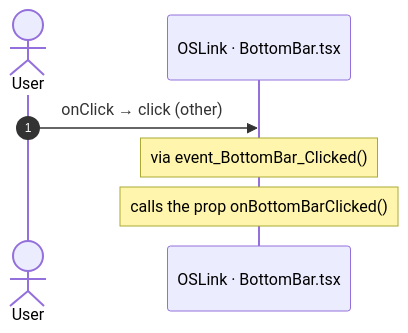
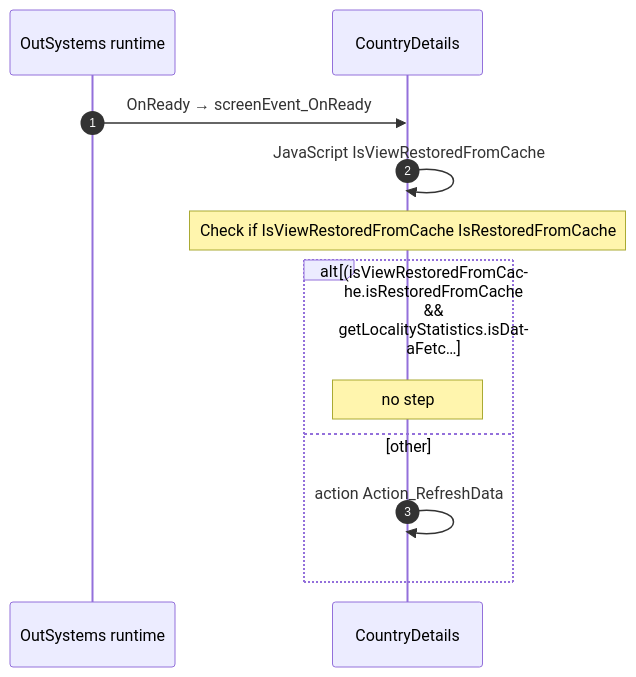
The sixth of 6 diagrams in route-actions/routes/CountryDetails.md (Phoenix-DX/connect-new-ui), drawn with Mermaid before and after one commit. The commit also changed other lines of this file and 52 other files, not shown here.

````diff
--- a/route-actions/routes/CountryDetails.md
+++ b/route-actions/routes/CountryDetails.md
@@ -521,9 +214,14 @@
 ```mermaid
 sequenceDiagram
   autonumber
-  actor U as User
-  participant H as OSLink · BottomBar.tsx
-  U->>H: onClick → click (other)
-  Note over H: via event_BottomBar_Clicked()
-  Note over H: calls the prop onBottomBarClicked()
+  participant R as OutSystems runtime
+  participant B as CountryDetails
+  R->>B: OnReady → screenEvent_OnReady
+  B->>B: JavaScript IsViewRestoredFromCache
+  Note over B: Check if IsViewRestoredFromCache IsRestoredFromCache
+  alt (isViewRestoredFromCache.isRestoredFromCache && getLocalityStatistics.isDataFetc…
+    Note over B: no step
+  else other
+    B->>B: action Action_RefreshData
+  end
 ```
````
